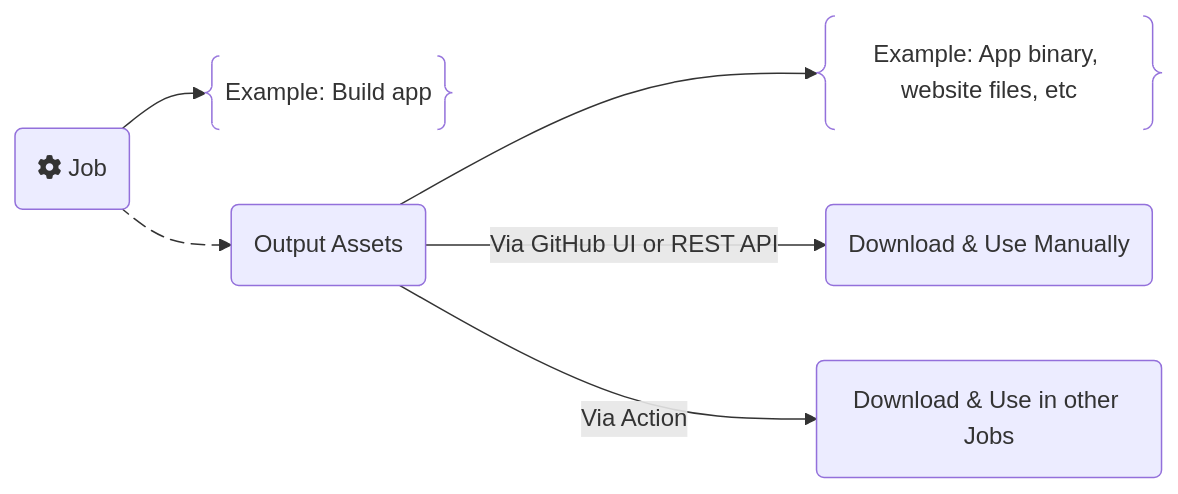
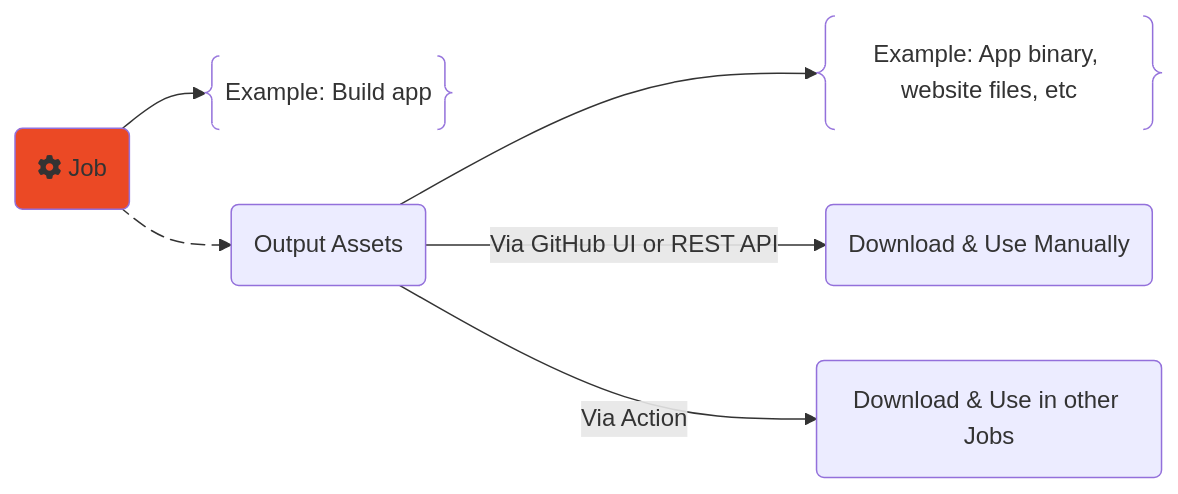
The diagram in content/posts/training/GitHub/2025-github-actions/05-artifacts-outputs/index.md (rtdevx/rtdevx.github.io), drawn with Mermaid before and after one commit.

Commit message:
Obsidian sync: 2025-12-09 10:31:48

```diff
--- a/content/posts/training/GitHub/2025-github-actions/05-artifacts-outputs/index.md
+++ b/content/posts/training/GitHub/2025-github-actions/05-artifacts-outputs/index.md
@@ -24,11 +24,12 @@
 {{< mermaid >}}
 flowchart LR
 B@{ shape: braces, label: "Example: Build app" }
 D@{ shape: braces, label: "Example: App binary, website files, etc" }
-  A(fa:fa-cog Job) --> B
+  A(fa:fa-cog Job):::jobclass --> B
+  classDef jobclass fill:#EB4925
   A a1@--> C(Output Assets)
   a1@{ animate: true }
   C --> D
   C -->|Via GitHub UI or REST API| E(Download & Use Manually)
   C -->|Via Action| F(Download & Use in other Jobs)
 {{< /mermaid >}}
```
